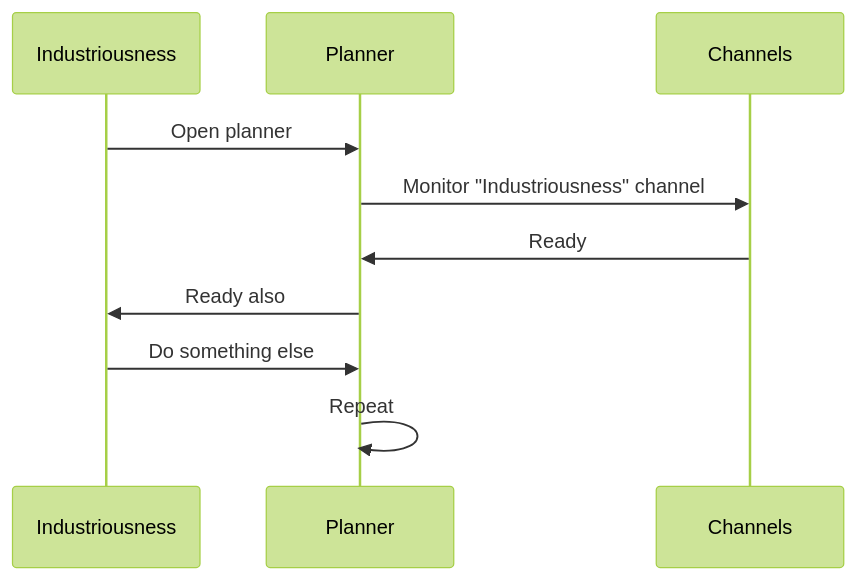
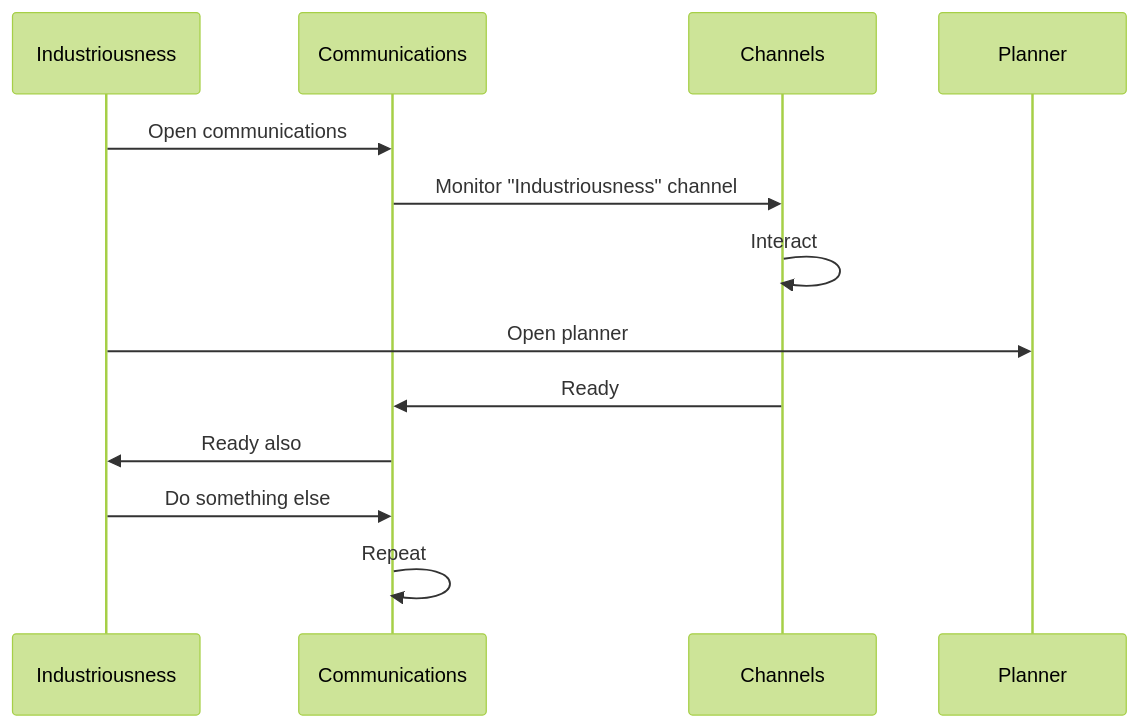
The second of 2 diagrams in 300/README.md (vanHeemstraSystems/industriousness), drawn with Mermaid (forest theme) before and after one commit. The commit also changed other lines of this file, not shown here.

````diff
--- a/300/README.md
+++ b/300/README.md
@@ -21,12 +21,15 @@
 ```mermaid
 sequenceDiagram
     participant Industriousness
+    participant Communications
+    participant Channels
     participant Planner
-    participant Channels
+    Industriousness->>Communications: Open communications
+    Communications->>Channels: Monitor "Industriousness" channel
+    Channels->>Channels: Interact
     Industriousness->>Planner: Open planner
-    Planner->>Channels: Monitor "Industriousness" channel
-    Channels->>Planner: Ready
-    Planner->>Industriousness: Ready also
-    Industriousness->>Planner: Do something else
-    Planner->>Planner: Repeat
+    Channels->>Communications: Ready
+    Communications->>Industriousness: Ready also
+    Industriousness->>Communications: Do something else
+    Communications->>Communications: Repeat
 ```
````
